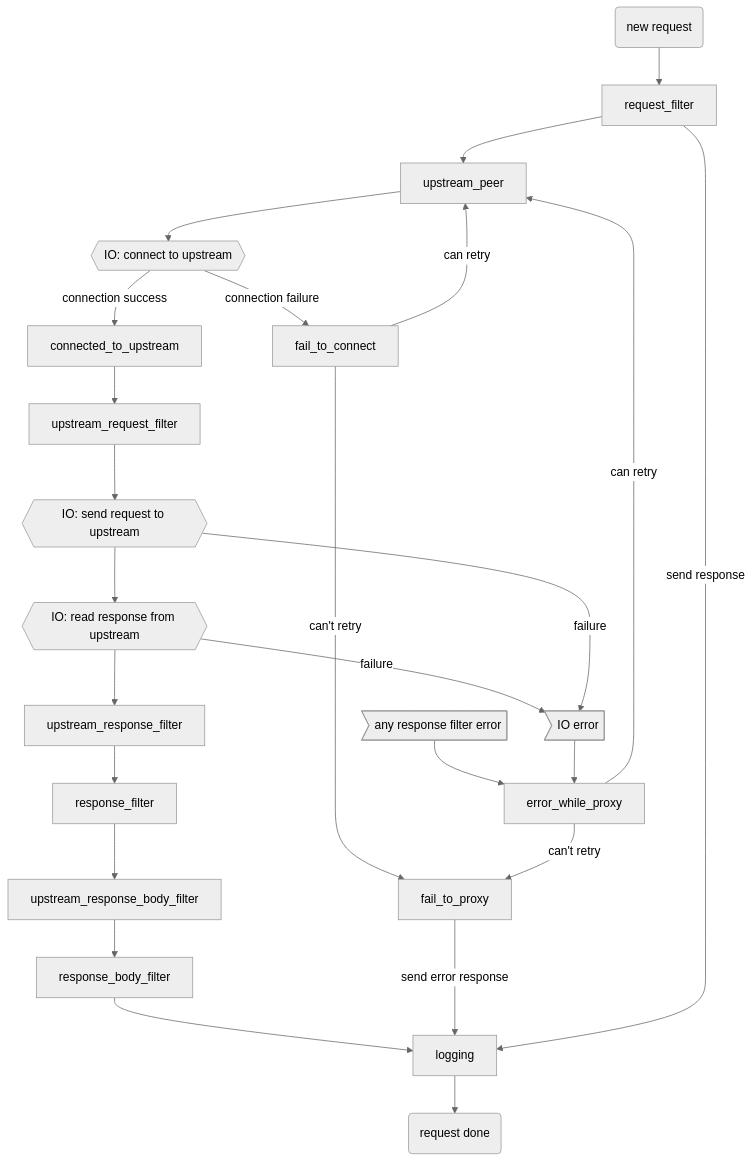
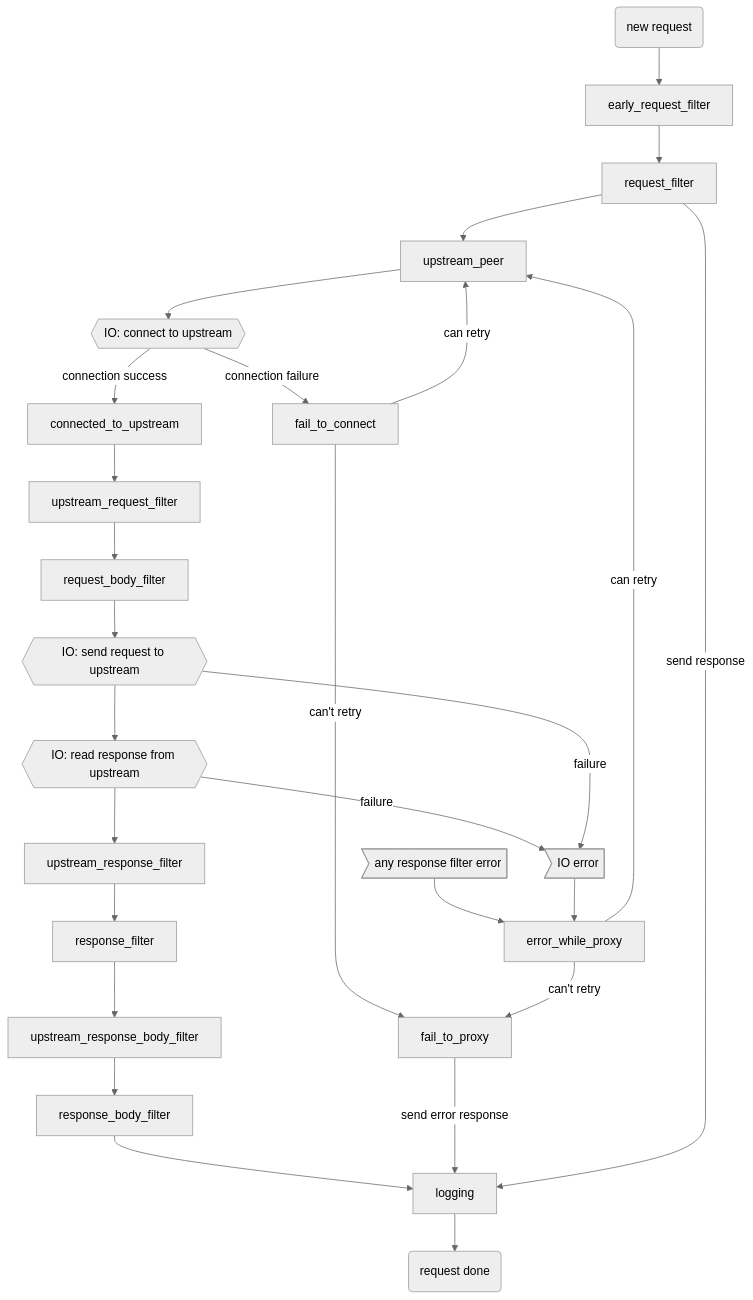
Before and after one commit to oslook/pingora-rust: the diagram in pages/user_guide/phase.mdx, drawn with Mermaid (neutral theme). The commit also changed other lines of this file and 7 other files, not shown here.

````diff
--- a/pages/user_guide/phase.mdx
+++ b/pages/user_guide/phase.mdx
@@ -17,29 +17,31 @@
 ```mermaid
  graph TD;
-    start("new request")-->request_filter;
+    start("new request")-->early_request_filter;
+    early_request_filter-->request_filter;
     request_filter-->upstream_peer;
 
     upstream_peer-->Connect{{IO: connect to upstream}};
 
     Connect--connection success-->connected_to_upstream;
     Connect--connection failure-->fail_to_connect;
 
     connected_to_upstream-->upstream_request_filter;
-    upstream_request_filter --> SendReq{{IO: send request to upstream}};
+    upstream_request_filter --> request_body_filter;
+    request_body_filter --> SendReq{{IO: send request to upstream}};
     SendReq-->RecvResp{{IO: read response from upstream}};
     RecvResp-->upstream_response_filter-->response_filter-->upstream_response_body_filter-->response_body_filter-->logging-->endreq("request done");
 
     fail_to_connect --can retry-->upstream_peer;
     fail_to_connect --can't retry-->fail_to_proxy--send error response-->logging;
 
     RecvResp--failure-->IOFailure;
     SendReq--failure-->IOFailure;
     error_while_proxy--can retry-->upstream_peer;
     error_while_proxy--can't retry-->fail_to_proxy;
 
     request_filter --send response-->logging
 
 
     Error>any response filter error]-->error_while_proxy
     IOFailure>IO error]-->error_while_proxy
 ```
````
